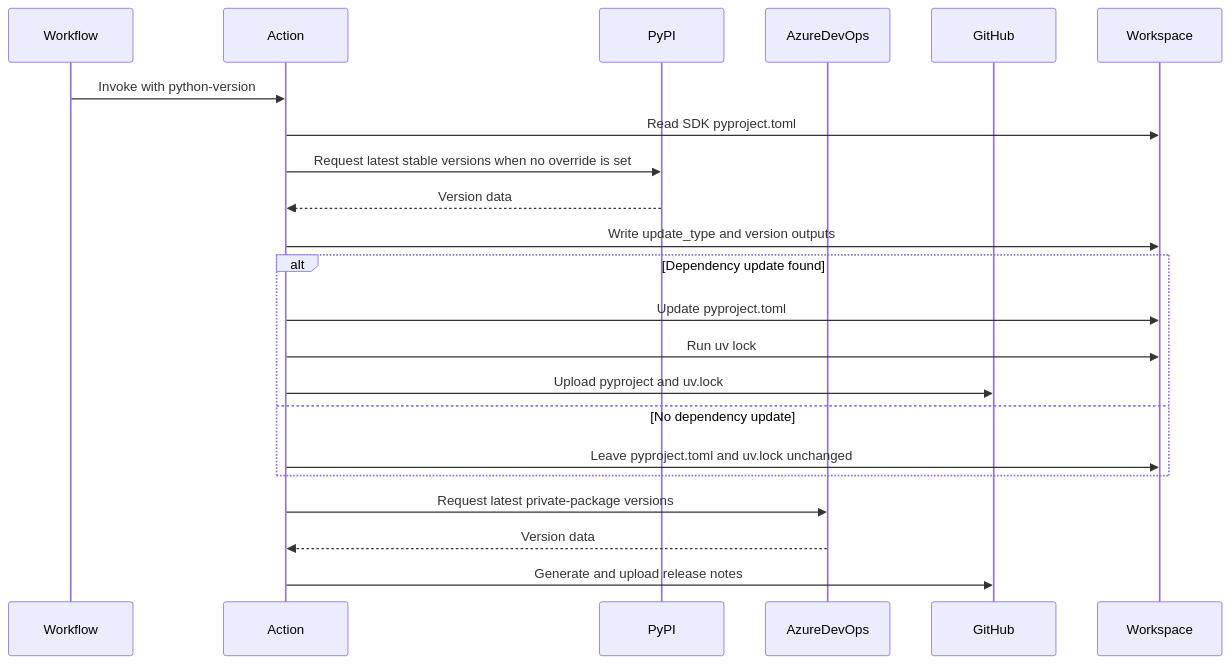
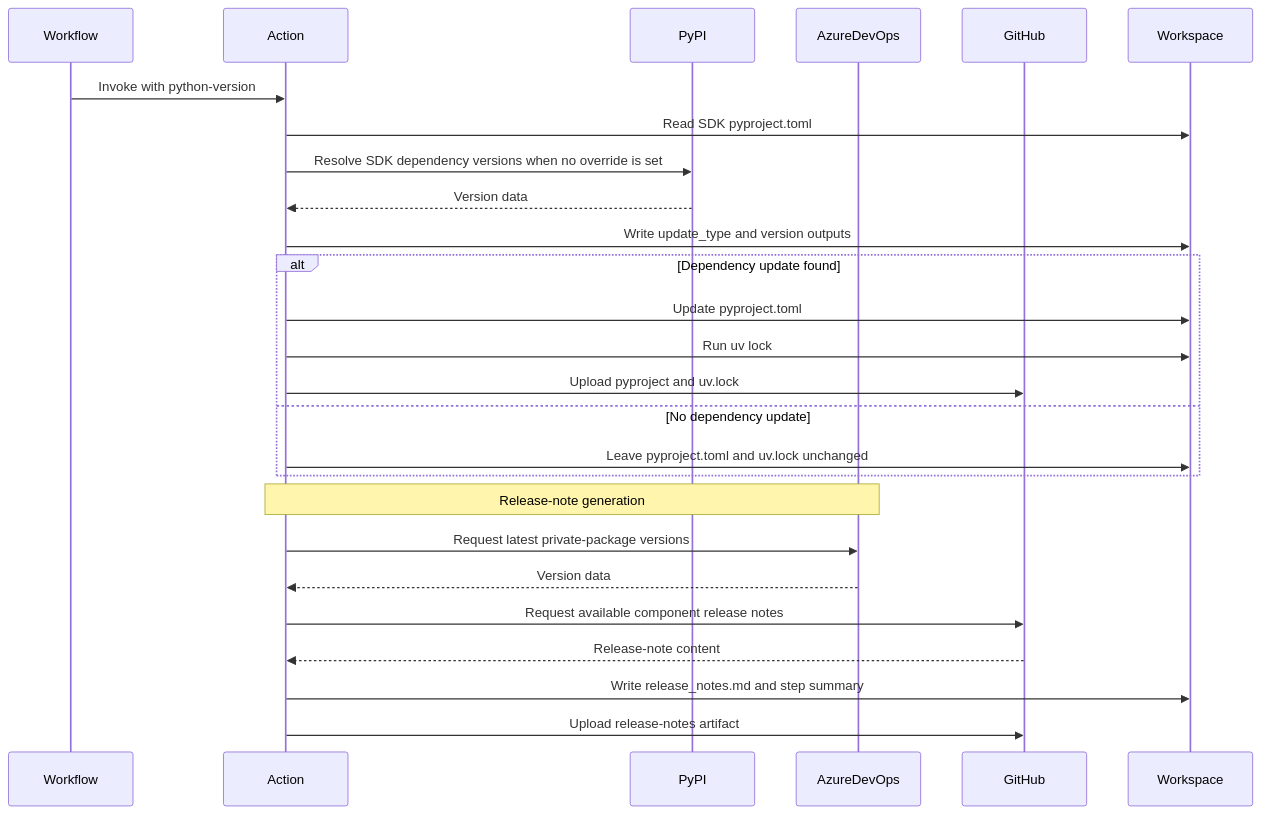
The fourth of 4 diagrams in .github/actions/sdk-meta-package/README.md (JJJ-NONAME/saf), drawn with Mermaid before and after one commit. The commit also changed other lines of this file, not shown here.

Commit message:
ci(doc): update redme of the action

````diff
--- a/.github/actions/sdk-meta-package/README.md
+++ b/.github/actions/sdk-meta-package/README.md
@@ -175,25 +176,29 @@
 ```mermaid
 sequenceDiagram
     participant Workflow
     participant Action
     participant PyPI
     participant AzureDevOps
     participant GitHub
     participant Workspace
 
     Workflow->>Action: Invoke with python-version
     Action->>Workspace: Read SDK pyproject.toml
-    Action->>PyPI: Request latest stable versions when no override is set
+    Action->>PyPI: Resolve SDK dependency versions when no override is set
     PyPI-->>Action: Version data
     Action->>Workspace: Write update_type and version outputs
     alt Dependency update found
         Action->>Workspace: Update pyproject.toml
         Action->>Workspace: Run uv lock
         Action->>GitHub: Upload pyproject and uv.lock
     else No dependency update
         Action->>Workspace: Leave pyproject.toml and uv.lock unchanged
     end
+    Note over Action,AzureDevOps: Release-note generation
     Action->>AzureDevOps: Request latest private-package versions
     AzureDevOps-->>Action: Version data
-    Action->>GitHub: Generate and upload release notes
+    Action->>GitHub: Request available component release notes
+    GitHub-->>Action: Release-note content
+    Action->>Workspace: Write release_notes.md and step summary
+    Action->>GitHub: Upload release-notes artifact
 ```
````
